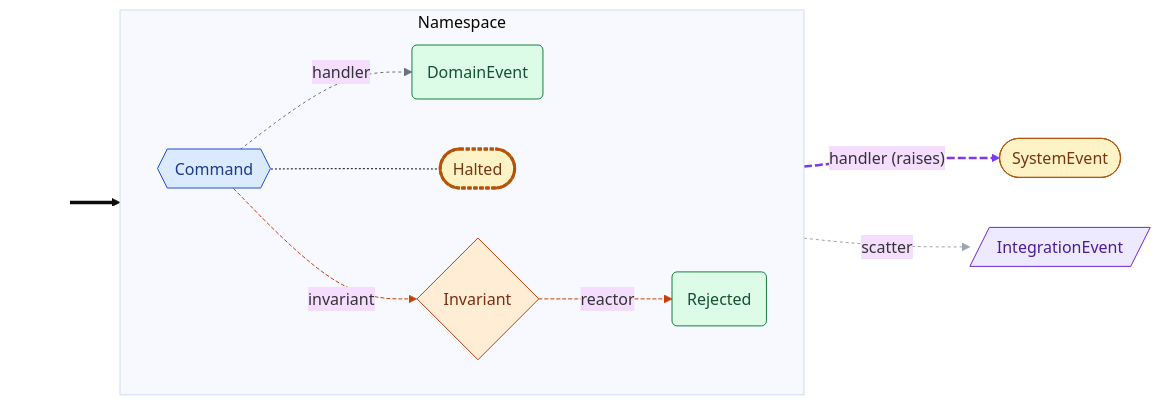
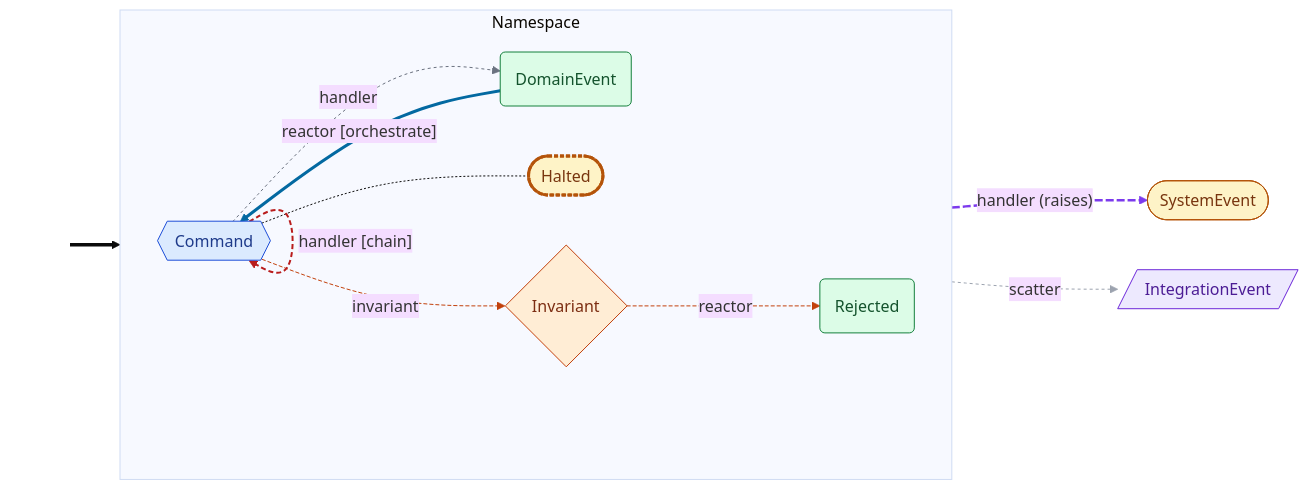
The first of 2 diagrams in examples/content_pipeline.graph.md (cadance-io/langgraph-events), drawn with Mermaid (base theme) before and after one commit. The commit also changed 21 other files, not shown here.

First line of the commit message:
feat(model)!: causal-edge taxonomy + IntegrationEvent placement + CommandChainWarning

````diff
--- a/examples/content_pipeline.graph.md
+++ b/examples/content_pipeline.graph.md
@@ -7,30 +7,34 @@
 ```mermaid
 graph LR
     classDef entry fill:none,stroke:none,color:none
     classDef cmd fill:#dbeafe,stroke:#1d4ed8,color:#1e3a8a
     classDef devt fill:#dcfce7,stroke:#15803d,color:#14532d
     classDef intg fill:#ede9fe,stroke:#6d28d9,color:#4c1d95
     classDef syst fill:#fef3c7,stroke:#b45309,color:#78350f
     classDef halt fill:#fef3c7,stroke:#b45309,color:#78350f,stroke-width:3px,stroke-dasharray:4 2
     classDef inv fill:#ffedd5,stroke:#c2410c,color:#7c2d12
     subgraph Example["Namespace"]
       direction LR
       Command{{Command}}:::cmd
       DomainEvent(DomainEvent):::devt
       Halted([Halted]):::halt
       Invariant{Invariant}:::inv
       Rejected(Rejected):::devt
     end
     IntegrationEvent[/IntegrationEvent/]:::intg
     SystemEvent([SystemEvent]):::syst
     _seed_[ ]:::entry ==> Command
     Command -->|handler| DomainEvent
     Command -.->|"handler (raises)"| SystemEvent
     Command -.->|scatter| IntegrationEvent
     Command -.- Halted
     Command -.->|invariant| Invariant -.->|reactor| Rejected
+    DomainEvent -->|"reactor [orchestrate]"| Command
+    Command -->|"handler [chain]"| Command
     linkStyle 1 stroke:#6b7280,stroke-dasharray:3 3
     linkStyle 2 stroke:#7c3aed,stroke-width:2.5px,stroke-dasharray:8 3
     linkStyle 3 stroke:#9ca3af,stroke-dasharray:3 3
     linkStyle 5,6 stroke:#c2410c,stroke-dasharray:4 2
+    linkStyle 7 stroke:#0369a1,stroke-width:3px
+    linkStyle 8 stroke:#b91c1c,stroke-width:2px,stroke-dasharray:5 3
 ```
````
